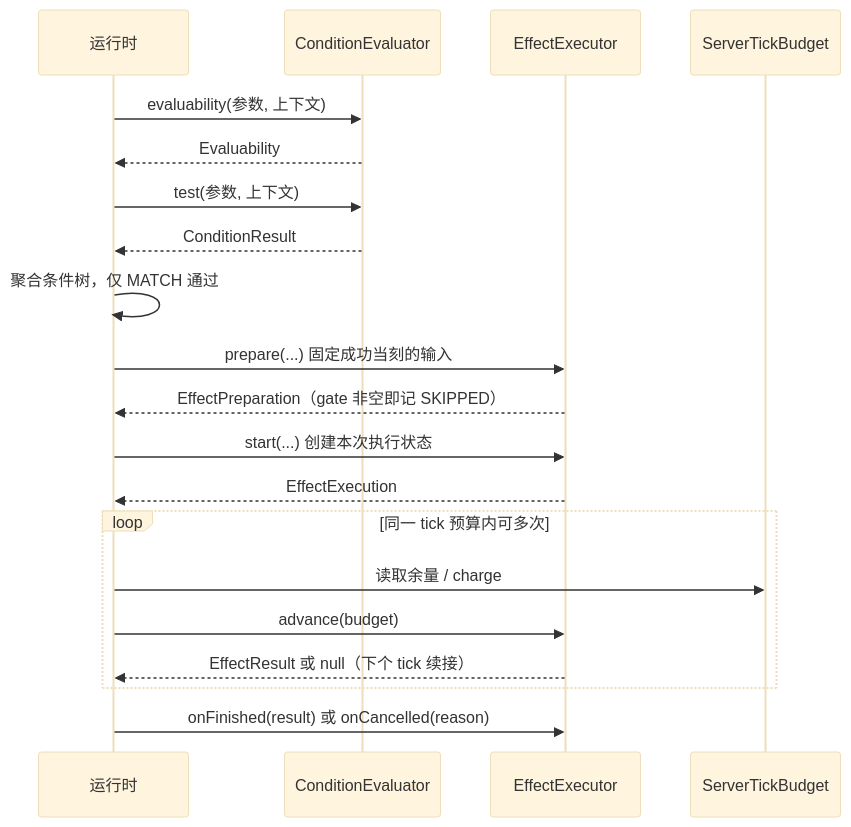
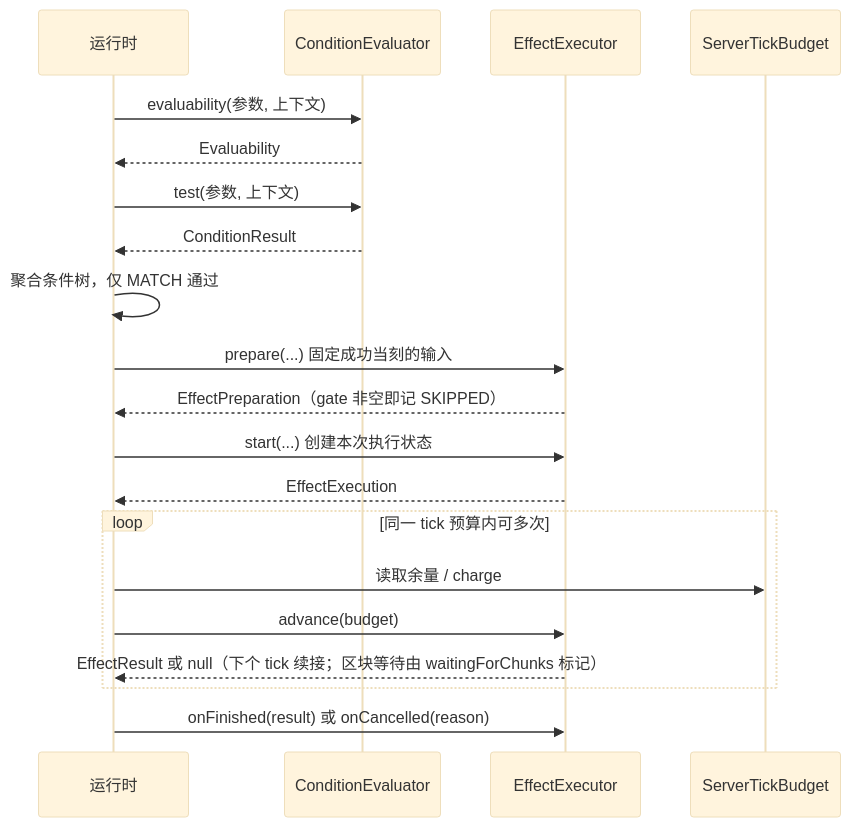
One commit to meteoritel/item-despawn-to-what changed the second of 3 diagrams in docs/modules/core-contract.md. Above: the diagram before and after it, drawn with Mermaid (base theme). The commit also changed other lines of this file and 11 other files, not shown here.

````diff
--- a/docs/modules/core-contract.md
+++ b/docs/modules/core-contract.md
@@ -95,22 +95,22 @@
 ```mermaid
 sequenceDiagram
     participant RT as 运行时
     participant CT as ConditionEvaluator
     participant EX as EffectExecutor
     participant BD as ServerTickBudget
     RT->>CT: evaluability(参数, 上下文)
     CT-->>RT: Evaluability
     RT->>CT: test(参数, 上下文)
     CT-->>RT: ConditionResult
     RT->>RT: 聚合条件树，仅 MATCH 通过
     RT->>EX: prepare(...) 固定成功当刻的输入
     EX-->>RT: EffectPreparation（gate 非空即记 SKIPPED）
     RT->>EX: start(...) 创建本次执行状态
     EX-->>RT: EffectExecution
     loop 同一 tick 预算内可多次
         RT->>BD: 读取余量 / charge
         RT->>EX: advance(budget)
-        EX-->>RT: EffectResult 或 null（下个 tick 续接）
+        EX-->>RT: EffectResult 或 null（下个 tick 续接；区块等待由 waitingForChunks 标记）
     end
     RT->>EX: onFinished(result) 或 onCancelled(reason)
 ```
````
